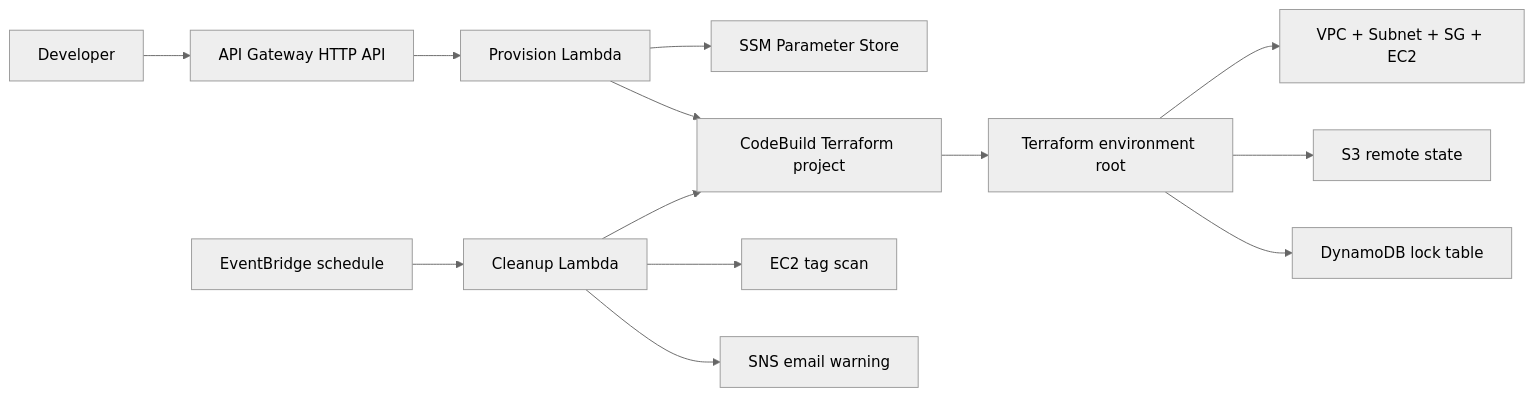
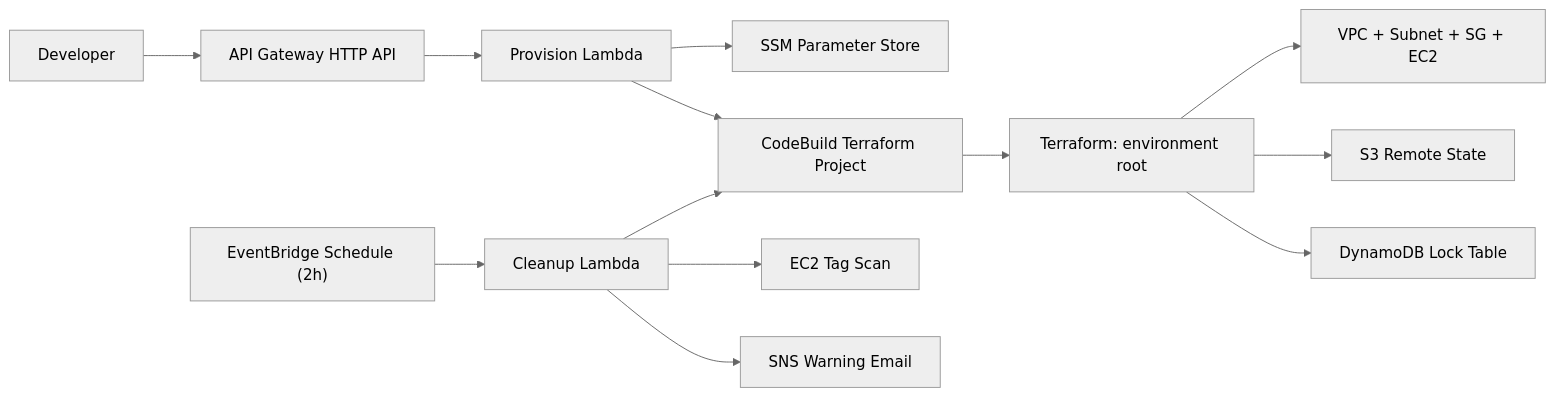
The diagram in README.md (JaithraSarma/AWS-Sandbox-Provisioning-Platform), drawn with Mermaid (neutral theme) before and after one commit. The commit also changed other lines of this file and 2 other files, not shown here.

````diff
--- a/README.md
+++ b/README.md
@@ -31,16 +17,16 @@
 ```mermaid
 flowchart LR
     Dev["Developer"] --> APIGW["API Gateway HTTP API"]
     APIGW --> ProvisionLambda["Provision Lambda"]
     ProvisionLambda --> SSM["SSM Parameter Store"]
-    ProvisionLambda --> CB["CodeBuild Terraform project"]
-    CB --> TF["Terraform environment root"]
+    ProvisionLambda --> CB["CodeBuild Terraform Project"]
+    CB --> TF["Terraform: environment root"]
     TF --> AWSENV["VPC + Subnet + SG + EC2"]
-    TF --> S3["S3 remote state"]
-    TF --> DDB["DynamoDB lock table"]
+    TF --> S3["S3 Remote State"]
+    TF --> DDB["DynamoDB Lock Table"]
 
-    EventBridge["EventBridge schedule"] --> CleanupLambda["Cleanup Lambda"]
-    CleanupLambda --> EC2Tags["EC2 tag scan"]
-    CleanupLambda --> SNS["SNS email warning"]
+    EventBridge["EventBridge Schedule (2h)"] --> CleanupLambda["Cleanup Lambda"]
+    CleanupLambda --> EC2Tags["EC2 Tag Scan"]
+    CleanupLambda --> SNS["SNS Warning Email"]
     CleanupLambda --> CB
 ```
````
